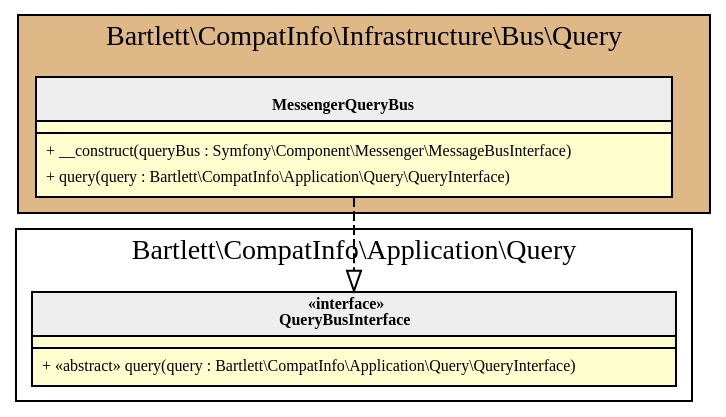
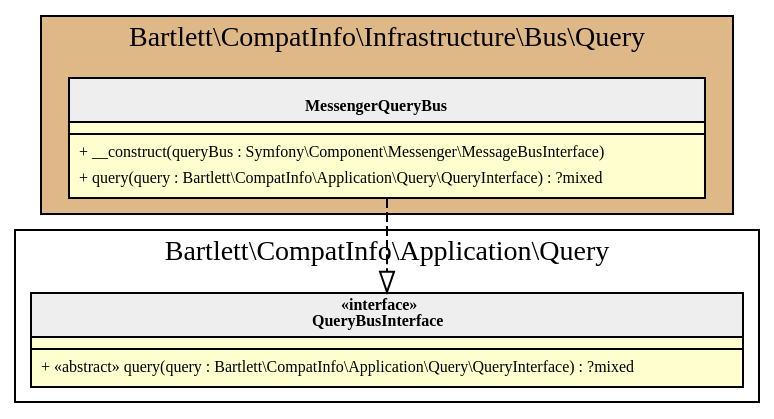
The diagram in 7.1/assets/images/infrastructure-bus.html.gv (llaville/php-compatinfo), drawn with Graphviz before and after one commit. The commit also changed 43 other files, not shown here.

```diff
--- a/7.1/assets/images/infrastructure-bus.html.gv
+++ b/7.1/assets/images/infrastructure-bus.html.gv
@@ -1,30 +1,30 @@
 digraph {
   graph [name="G" overlap="false" rankdir="TB" bgcolor="transparent"]
   node [fontname="Verdana" fontsize=8 shape="none" margin=0 fillcolor="#FEFECE" style="filled"]
   edge [fontname="Verdana" fontsize=8]
   subgraph cluster_0 {
     graph [bgcolor="BurlyWood"]
     label = "Bartlett\\CompatInfo\\Infrastructure\\Bus\\Query"
     "Bartlett\\CompatInfo\\Infrastructure\\Bus\\Query\\MessengerQueryBus" [shape="none" label=<
 <table cellspacing="0" border="0" cellborder="1">
     <tr><td bgcolor="#eeeeee"><b><br/>MessengerQueryBus</b></td></tr>
     <tr><td></td></tr>
     <tr><td><table border="0" cellspacing="0" cellpadding="2">
     <tr><td align="left">+ __construct(queryBus : Symfony\\Component\\Messenger\\MessageBusInterface)</td></tr>
-    <tr><td align="left">+ query(query : Bartlett\\CompatInfo\\Application\\Query\\QueryInterface)</td></tr>
+    <tr><td align="left">+ query(query : Bartlett\\CompatInfo\\Application\\Query\\QueryInterface) : ?mixed</td></tr>
 </table></td></tr>
 </table>>]
   }
   subgraph cluster_1 {
     label = "Bartlett\\CompatInfo\\Application\\Query"
     "Bartlett\\CompatInfo\\Application\\Query\\QueryBusInterface" [shape="none" label=<
 <table cellspacing="0" border="0" cellborder="1">
     <tr><td bgcolor="#eeeeee"><b>«interface»<br/>QueryBusInterface</b></td></tr>
     <tr><td></td></tr>
     <tr><td><table border="0" cellspacing="0" cellpadding="2">
-    <tr><td align="left">+ «abstract» query(query : Bartlett\\CompatInfo\\Application\\Query\\QueryInterface)</td></tr>
+    <tr><td align="left">+ «abstract» query(query : Bartlett\\CompatInfo\\Application\\Query\\QueryInterface) : ?mixed</td></tr>
 </table></td></tr>
 </table>>]
   }
   "Bartlett\\CompatInfo\\Infrastructure\\Bus\\Query\\MessengerQueryBus" -> "Bartlett\\CompatInfo\\Application\\Query\\QueryBusInterface" [arrowhead="empty" style="dashed"]
 }
```
